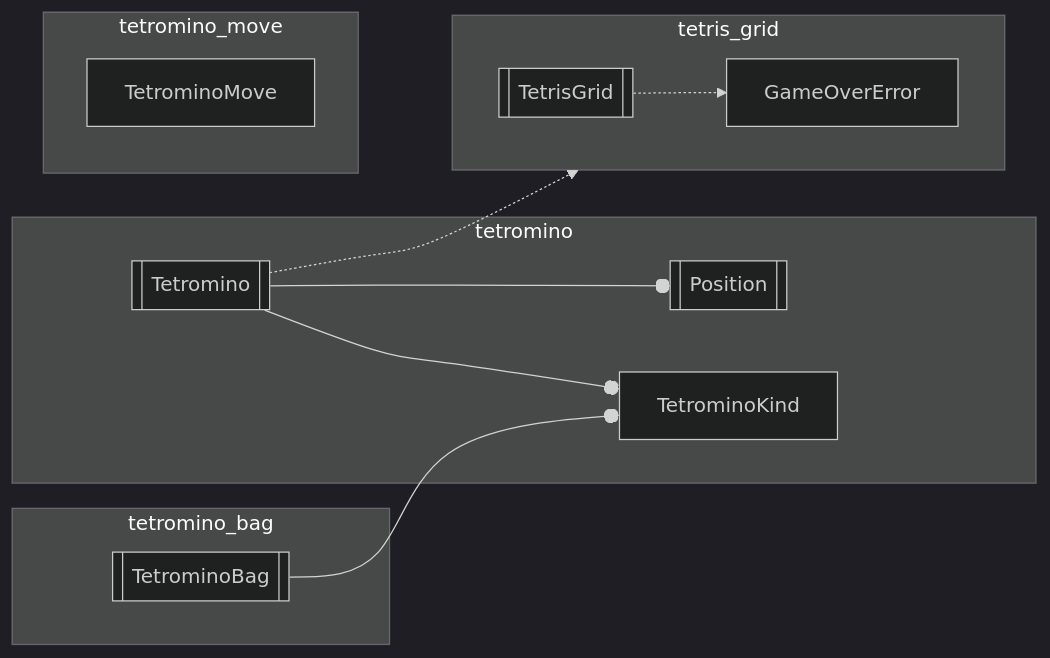
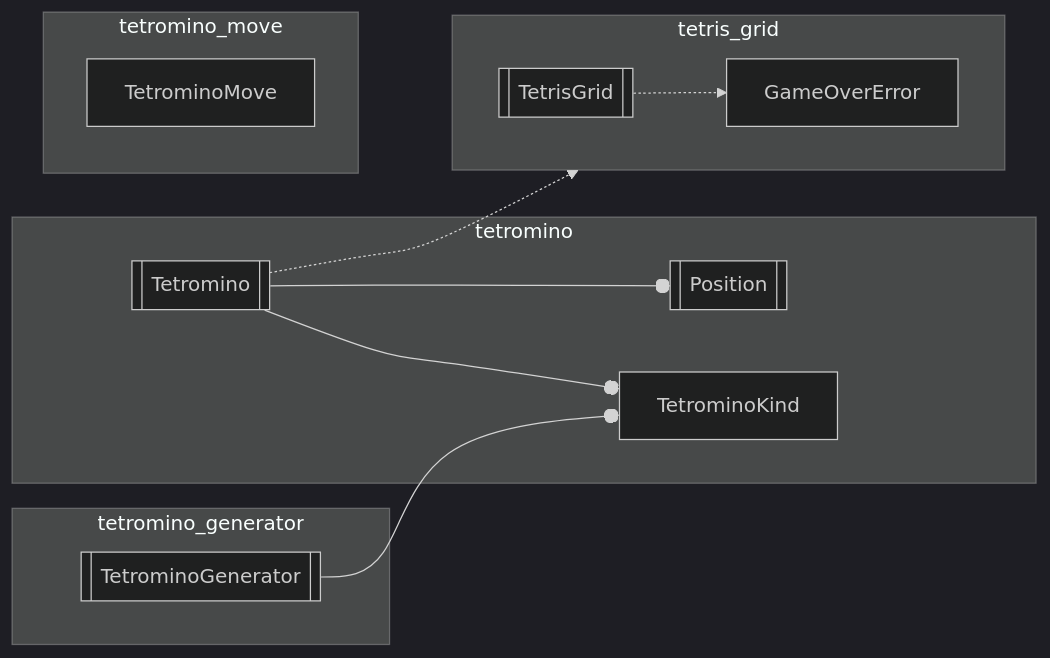
The diagram in src/app/player/core/core.mmd (inesvar/tetris), drawn with Mermaid (dark theme) before and after one commit. The commit also changed 9 other files, not shown here.

Commit message:
core: Rename tetromino_bag -> tetromino_generator

```diff
--- a/src/app/player/core/core.mmd
+++ b/src/app/player/core/core.mmd
@@ -1,31 +1,31 @@
 graph LR
     %% objects
     TetrominoMove[TetrominoMove]
     TetrisGrid[[TetrisGrid]]
     GameOverError[GameOverError]
     Tetromino[[Tetromino]]
     Position[[Position]]
     TetrominoKind[TetrominoKind]
-    TetrominoBag[[TetrominoBag]]
+    TetrominoGenerator[[TetrominoGenerator]]
 
     subgraph tetromino_move
         TetrominoMove
     end
 
-    subgraph tetromino_bag
-        TetrominoBag
+    subgraph tetromino_generator
+        TetrominoGenerator
     end
 
     subgraph tetromino
         Tetromino --o TetrominoKind
         Tetromino --o Position
     end
 
     tetromino_move ~~~ tetris_grid
 
     subgraph tetris_grid
         direction LR
         TetrisGrid -.-> GameOverError
     end
     Tetromino -.-> tetris_grid
-    TetrominoBag --o TetrominoKind
+    TetrominoGenerator --o TetrominoKind
```
